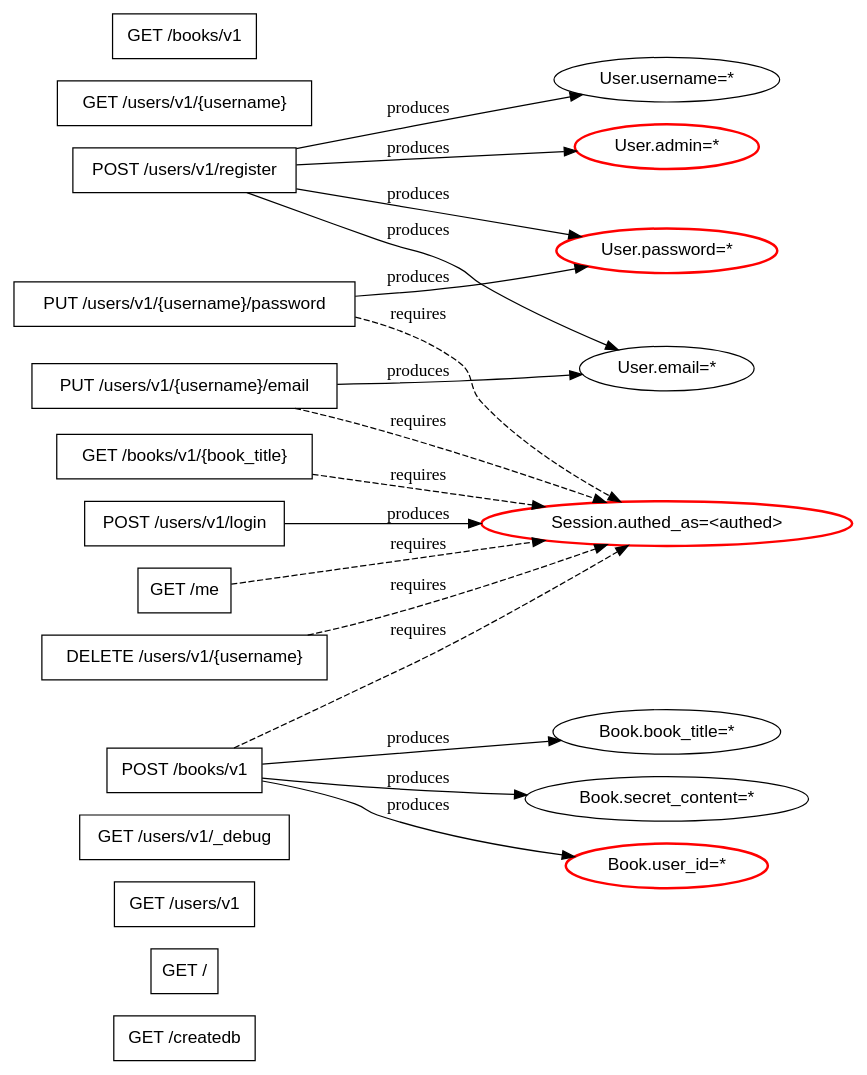
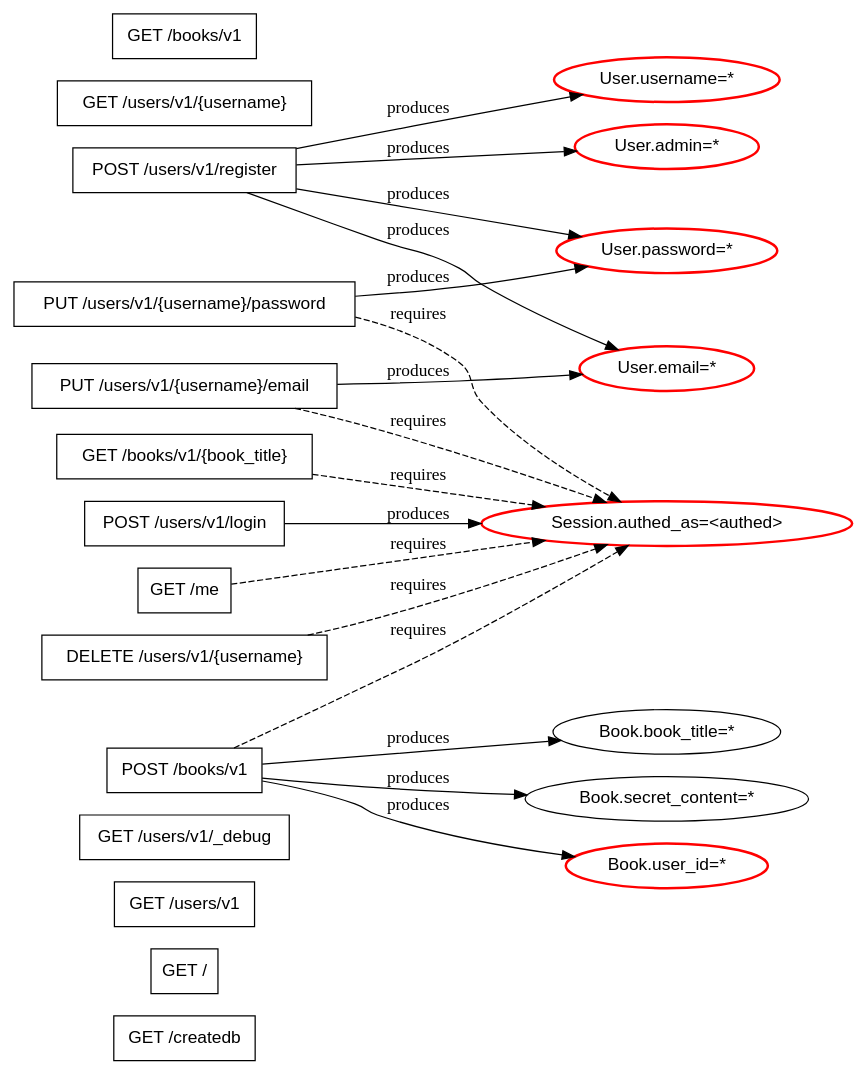
One commit to Landasika/StateForge changed the diagram in results/vampi.stategraph.dot. Above: the diagram before and after it, drawn with Graphviz. The commit also changed 6 other files, not shown here.

First line of the commit message:
e2e 集成 G_xfg + VAmPI 调用图 fixture

```diff
--- a/results/vampi.stategraph.dot
+++ b/results/vampi.stategraph.dot
@@ -1,42 +1,42 @@
 digraph SSTG {
   rankdir=LR;
   node [fontname="Helvetica"];
   "GET /createdb" [shape=box];
   "GET /" [shape=box];
   "GET /users/v1" [shape=box];
   "GET /users/v1/_debug" [shape=box];
   "POST /users/v1/register" [shape=box];
-  "User.username=*" [shape=ellipse];
+  "User.username=*" [shape=ellipse, style=bold, color=red];
   "User.password=*" [shape=ellipse, style=bold, color=red];
-  "User.email=*" [shape=ellipse];
+  "User.email=*" [shape=ellipse, style=bold, color=red];
   "User.admin=*" [shape=ellipse, style=bold, color=red];
   "POST /users/v1/login" [shape=box];
   "Session.authed_as=<authed>" [shape=ellipse, style=bold, color=red];
   "GET /me" [shape=box];
   "GET /users/v1/{username}" [shape=box];
   "DELETE /users/v1/{username}" [shape=box];
   "PUT /users/v1/{username}/email" [shape=box];
   "PUT /users/v1/{username}/password" [shape=box];
   "GET /books/v1" [shape=box];
   "POST /books/v1" [shape=box];
   "Book.book_title=*" [shape=ellipse];
   "Book.secret_content=*" [shape=ellipse];
   "Book.user_id=*" [shape=ellipse, style=bold, color=red];
   "GET /books/v1/{book_title}" [shape=box];
   "POST /users/v1/register" -> "User.username=*" [label="produces"];
   "POST /users/v1/register" -> "User.password=*" [label="produces"];
   "POST /users/v1/register" -> "User.email=*" [label="produces"];
   "POST /users/v1/register" -> "User.admin=*" [label="produces"];
   "POST /users/v1/login" -> "Session.authed_as=<authed>" [label="produces"];
   "GET /me" -> "Session.authed_as=<authed>" [style=dashed, label="requires"];
   "DELETE /users/v1/{username}" -> "Session.authed_as=<authed>" [style=dashed, label="requires"];
   "PUT /users/v1/{username}/email" -> "Session.authed_as=<authed>" [style=dashed, label="requires"];
   "PUT /users/v1/{username}/email" -> "User.email=*" [label="produces"];
   "PUT /users/v1/{username}/password" -> "Session.authed_as=<authed>" [style=dashed, label="requires"];
   "PUT /users/v1/{username}/password" -> "User.password=*" [label="produces"];
   "POST /books/v1" -> "Session.authed_as=<authed>" [style=dashed, label="requires"];
   "POST /books/v1" -> "Book.book_title=*" [label="produces"];
   "POST /books/v1" -> "Book.secret_content=*" [label="produces"];
   "POST /books/v1" -> "Book.user_id=*" [label="produces"];
   "GET /books/v1/{book_title}" -> "Session.authed_as=<authed>" [style=dashed, label="requires"];
 }
```
